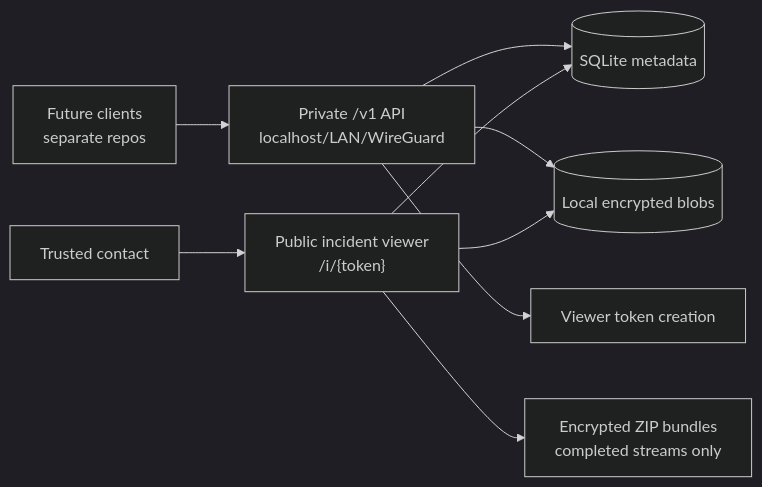
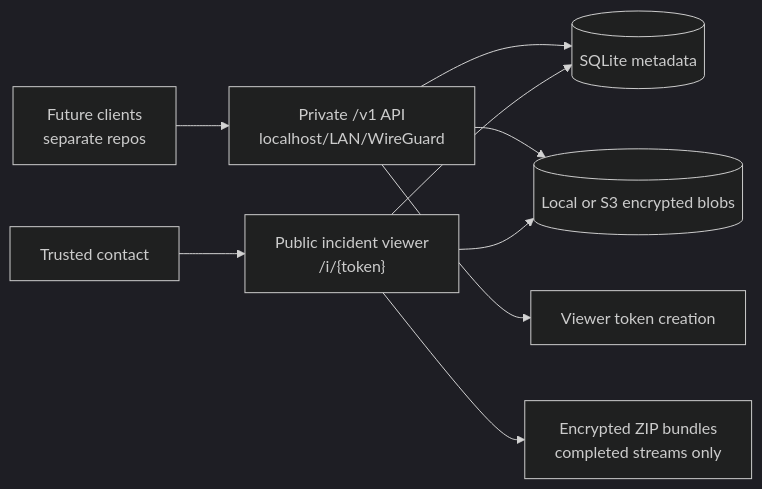
One commit to open-proofline/server changed the diagram in README.md. Above: the diagram before and after it, drawn with Mermaid (dark theme). The commit also changed other lines of this file and 35 other files, not shown here.

````diff
--- a/README.md
+++ b/README.md
@@ -102,11 +102,11 @@
 ```mermaid
 flowchart LR
     FutureClients["Future clients<br/>separate repos"] --> Private["Private /v1 API<br/>localhost/LAN/WireGuard"]
     Private --> DB[(SQLite metadata)]
-    Private --> Blobs[(Local encrypted blobs)]
+    Private --> Blobs[(Local or S3 encrypted blobs)]
     Private --> Tokens["Viewer token creation"]
     Contact["Trusted contact"] --> Public["Public incident viewer<br/>/i/{token}"]
     Public --> DB
     Public --> Blobs
     Public --> Bundles["Encrypted ZIP bundles<br/>completed streams only"]
 ```
````
